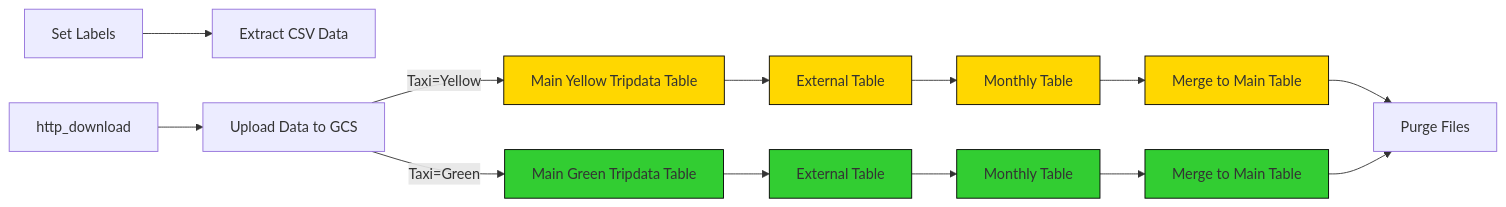
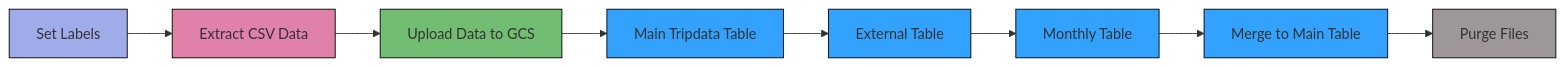
One commit to 3d150n-marc3l0/de-zoomcamp-2025-capstone-baywheels changed the second of 3 diagrams in kestra/README.md. Above: the diagram before and after it, drawn with Mermaid. The commit also changed other lines of this file and 14 other files, not shown here.

````diff
--- a/kestra/README.md
+++ b/kestra/README.md
@@ -87,18 +148,16 @@
 ```mermaid
 graph LR
-  SetLabel[Set Labels] --> Extract[Extract CSV Data]
-  http_download --> UploadToGCS[Upload Data to GCS]
-  UploadToGCS -->|Taxi=Yellow| BQYellowTripdata[Main Yellow Tripdata Table]:::yellow
-  UploadToGCS -->|Taxi=Green| BQGreenTripdata[Main Green Tripdata Table]:::green
-  BQYellowTripdata --> BQYellowTableExt[External Table]:::yellow
-  BQGreenTripdata --> BQGreenTableExt[External Table]:::green
-  BQYellowTableExt --> BQYellowTableTmp[Monthly Table]:::yellow
-  BQGreenTableExt --> BQGreenTableTmp[Monthly Table]:::green
-  BQYellowTableTmp --> BQYellowMerge[Merge to Main Table]:::yellow
-  BQGreenTableTmp --> BQGreenMerge[Merge to Main Table]:::green
-  BQYellowMerge --> PurgeFiles[Purge Files]
-  BQGreenMerge --> PurgeFiles[Purge Files]
+  SetLabel[Set Labels]:::label --> Extract[Extract CSV Data]:::unzip
+  Extract     --> UploadToGCS[Upload Data to GCS]:::gsc
+  UploadToGCS --> BQTripdata[Main Tripdata Table]:::bq
+  BQTripdata  --> BQTableExt[External Table]:::bq
+  BQTableExt  --> BQTableTmp[Monthly Table]:::bq  
+  BQTableTmp  --> BQMerge[Merge to Main Table]:::bq
+  BQMerge     --> PurgeFiles[Purge Files]:::purge
 
-  classDef yellow fill:#FFD700,stroke:#000,stroke-width:1px;
-  classDef green fill:#32CD32,stroke:#000,stroke-width:1px;
+classDef label fill:#a0abea,stroke:#000,stroke-width:1px;
+classDef unzip fill:#e081aa,stroke:#000,stroke-width:1px;
+classDef bq fill:#33a2ff,stroke:#000,stroke-width:1px;
+classDef gsc fill:#71bd72,stroke:#000,stroke-width:1px;
+classDef purge fill:#9e979a,stroke:#000,stroke-width:1px;
 ```
````
